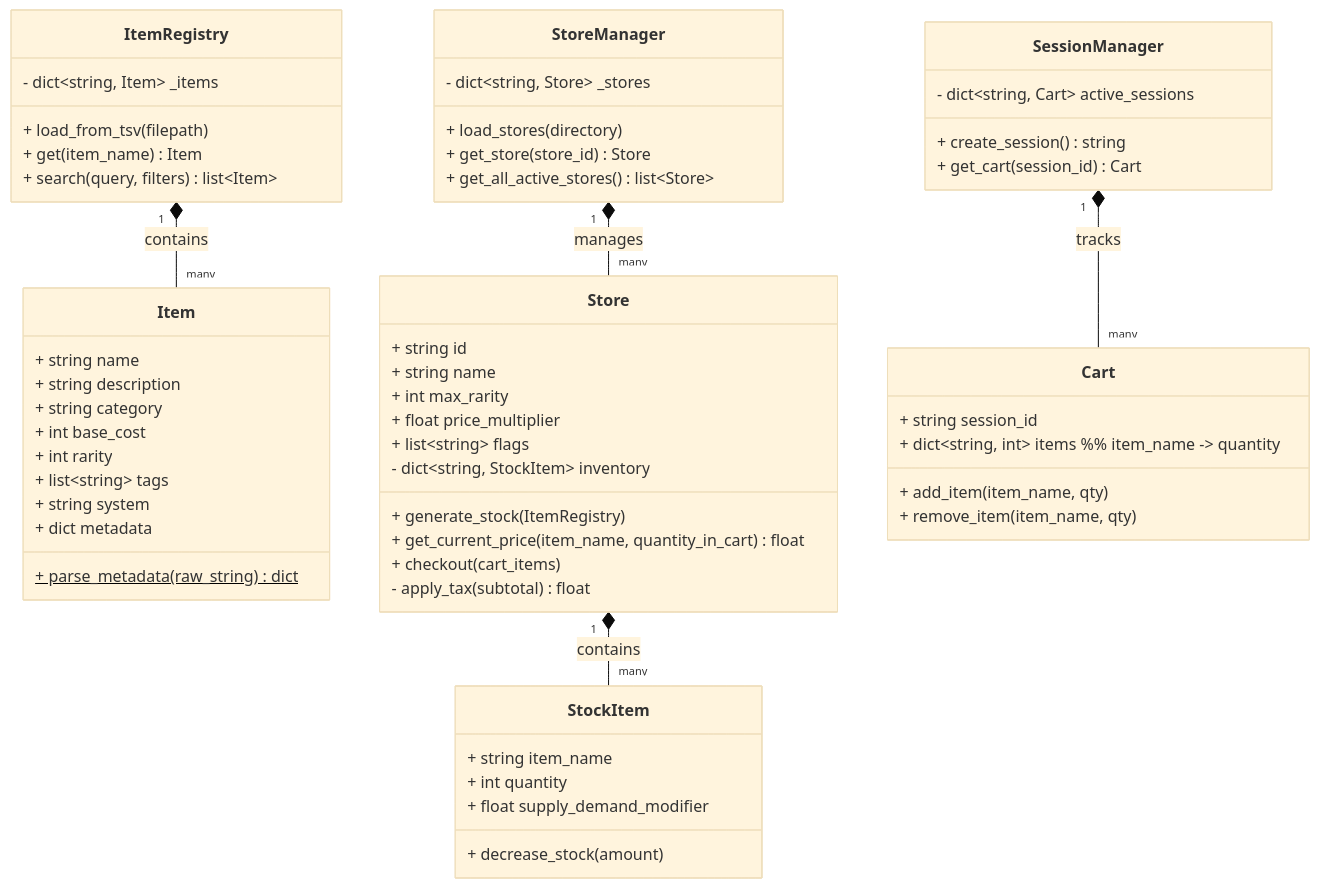
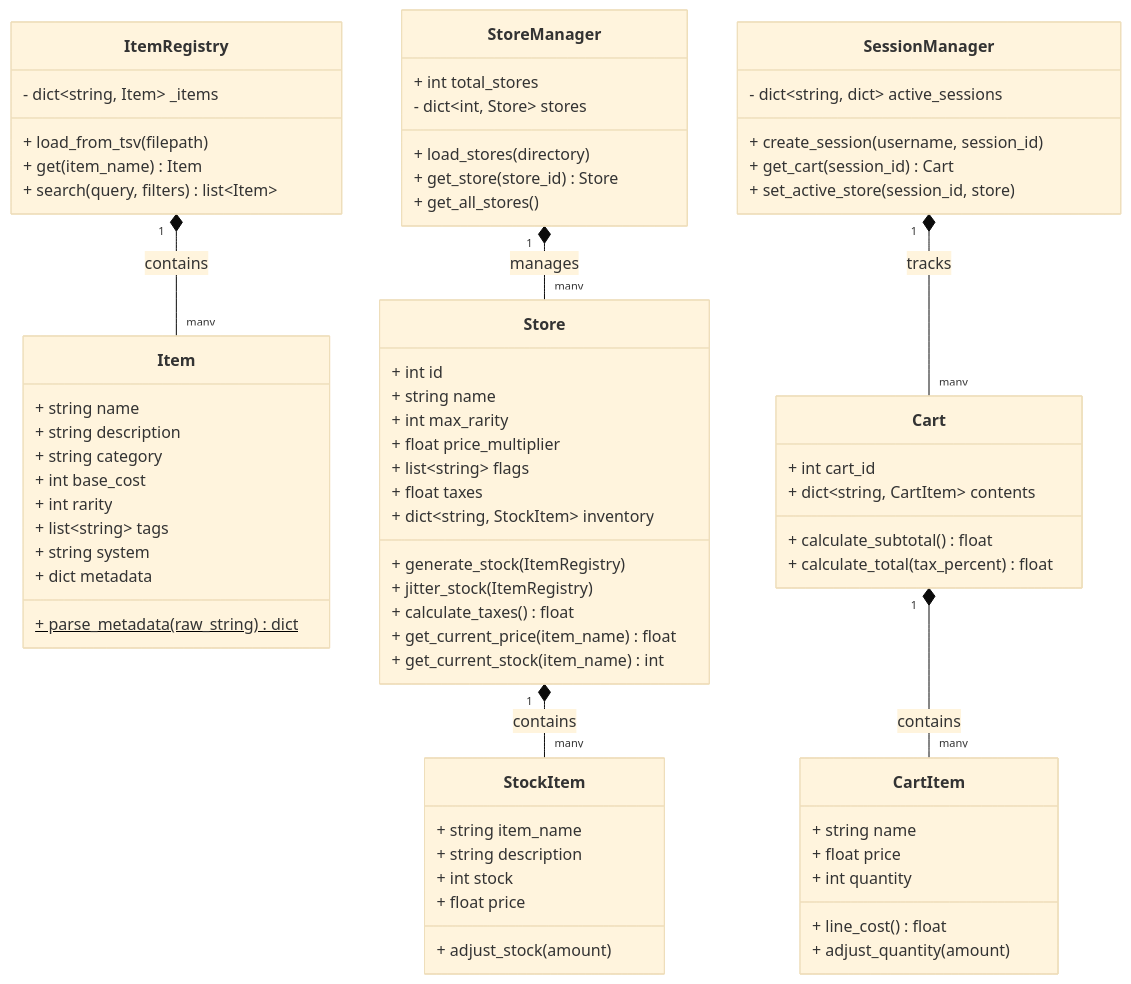
One commit to pgatcomb/systems_and_sorcery changed the diagram in CompletedSoftware/tips/readme.md. Above: the diagram before and after it, drawn with Mermaid (base theme). The commit also changed other lines of this file and 32 other files, not shown here.

````diff
--- a/CompletedSoftware/tips/readme.md
+++ b/CompletedSoftware/tips/readme.md
@@ -149,68 +147,82 @@
 ```mermaid
 classDiagram
     class ItemRegistry {
         - dict~string, Item~ _items
         + load_from_tsv(filepath)
         + get(item_name) Item
         + search(query, filters) list~Item~
     }
 
     class Item {
         %% Pydantic BaseModel
         + string name
         + string description
         + string category
         + int base_cost
         + int rarity
         + list~string~ tags
         + string system
         + dict metadata
         + parse_metadata(raw_string) dict$
     }
 
+    class CartItem {
+        + string name
+        + float price
+        + int quantity
+        + line_cost() float
+        + adjust_quantity(amount)
+    }
+
     class StoreManager {
-        - dict~string, Store~ _stores
+        + int total_stores
+        - dict~int, Store~ stores
         + load_stores(directory)
         + get_store(store_id) Store
-        + get_all_active_stores() list~Store~
+        + get_all_stores()
     }
 
     class Store {
-        + string id
+        + int id
         + string name
         + int max_rarity
         + float price_multiplier
         + list~string~ flags
-        - dict~string, StockItem~ inventory
+        + float taxes
+        + dict~string, StockItem~ inventory
         
         + generate_stock(ItemRegistry)
-        + get_current_price(item_name, quantity_in_cart) float
-        + checkout(cart_items)
-        - apply_tax(subtotal) float
+        + jitter_stock(ItemRegistry)
+        + calculate_taxes() float
+        + get_current_price(item_name) float
+        + get_current_stock(item_name) int
     }
 
     class StockItem {
         + string item_name
-        + int quantity
-        + float supply_demand_modifier
-        + decrease_stock(amount)
+        + string description
+        + int stock
+        + float price
+        + adjust_stock(amount)
     }
 
     class SessionManager {
-        - dict~string, Cart~ active_sessions
-        + create_session() string
+        - dict~string, dict~ active_sessions
+        + create_session(username, session_id)
         + get_cart(session_id) Cart
+        + set_active_store(session_id, store)
     }
 
     class Cart {
-        + string session_id
-        + dict~string, int~ items %% item_name -> quantity
-        + add_item(item_name, qty)
-        + remove_item(item_name, qty)
+        + int cart_id
+        + dict~string, CartItem~ contents
+        + calculate_subtotal() float
+        + calculate_total(tax_percent) float
     }
 
     ItemRegistry "1" *-- "many" Item : contains
     StoreManager "1" *-- "many" Store : manages
     Store "1" *-- "many" StockItem : contains
     SessionManager "1" *-- "many" Cart : tracks
+    Cart "1" *-- "many" CartItem : contains
 ```
````
